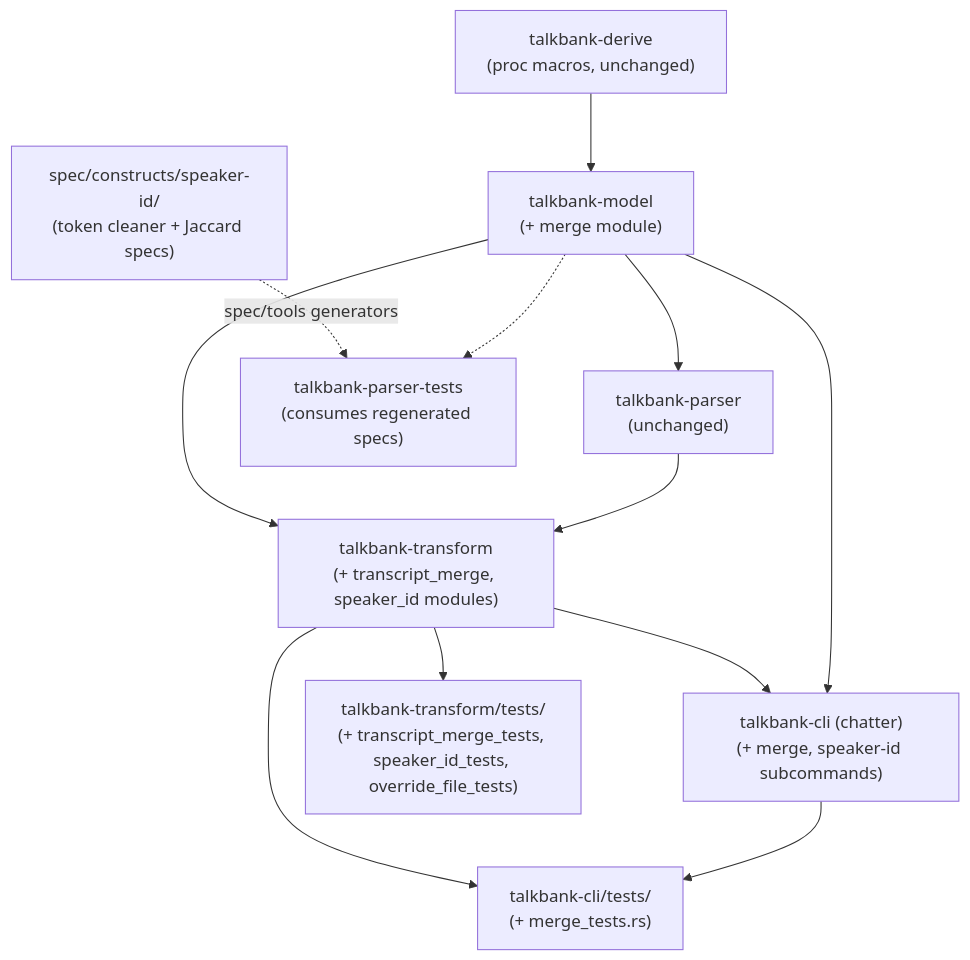
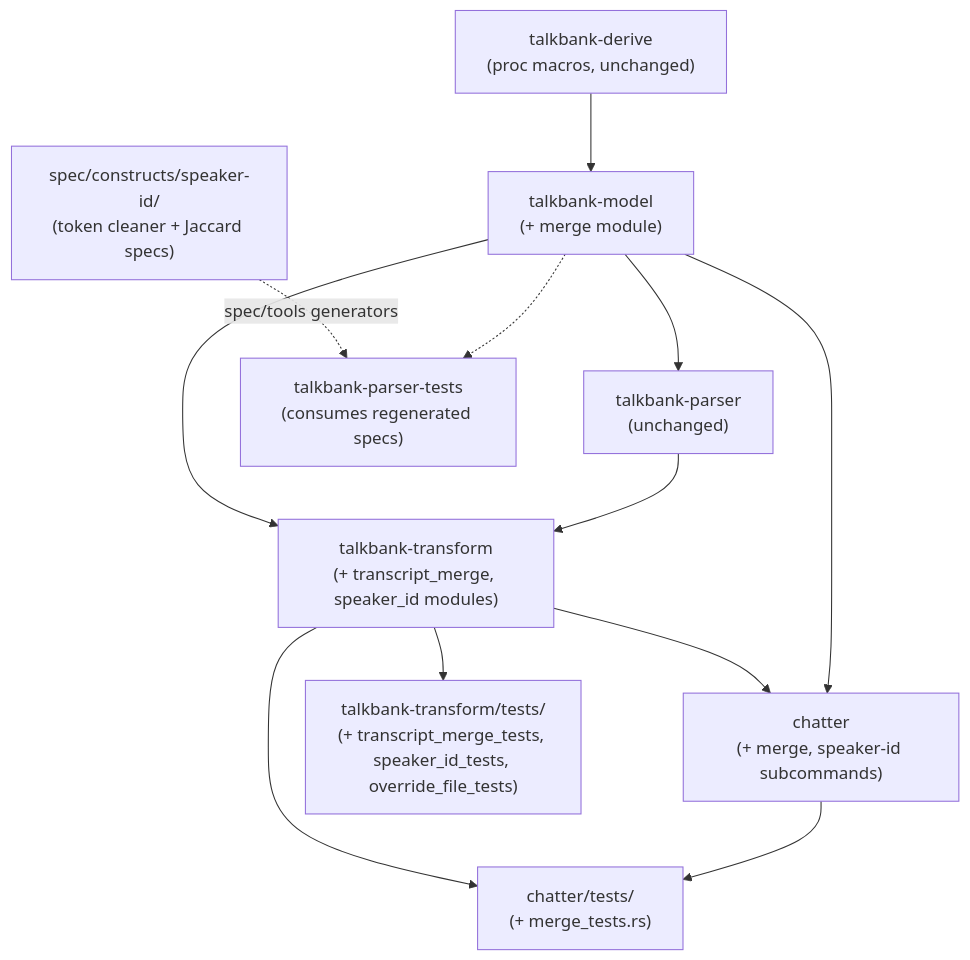
The first of 4 diagrams in book/src/architecture/merge-architecture.md (TalkBank/chatter), drawn with Mermaid before and after one commit. The commit also changed other lines of this file and 140 other files, not shown here.

````diff
--- a/book/src/architecture/merge-architecture.md
+++ b/book/src/architecture/merge-architecture.md
@@ -84,24 +84,24 @@
 ```mermaid
 flowchart TD
     derive["talkbank-derive\n(proc macros, unchanged)"]
     model["talkbank-model\n(+ merge module)"]
     parser["talkbank-parser\n(unchanged)"]
     transform["talkbank-transform\n(+ transcript_merge, speaker_id modules)"]
-    cli["talkbank-cli (chatter)\n(+ merge, speaker-id subcommands)"]
-    cli_tests["talkbank-cli/tests/\n(+ merge_tests.rs)"]
+    cli["chatter\n(+ merge, speaker-id subcommands)"]
+    cli_tests["chatter/tests/\n(+ merge_tests.rs)"]
     transform_tests["talkbank-transform/tests/\n(+ transcript_merge_tests, speaker_id_tests, override_file_tests)"]
     spec["spec/constructs/speaker-id/\n(token cleaner + Jaccard specs)"]
     parser_tests["talkbank-parser-tests\n(consumes regenerated specs)"]
 
     derive --> model
     model --> parser
     model --> transform
     parser --> transform
     transform --> cli
     model --> cli
     transform --> transform_tests
     transform --> cli_tests
     cli --> cli_tests
     spec -.->|spec/tools generators| parser_tests
     model -.-> parser_tests
 ```
````
